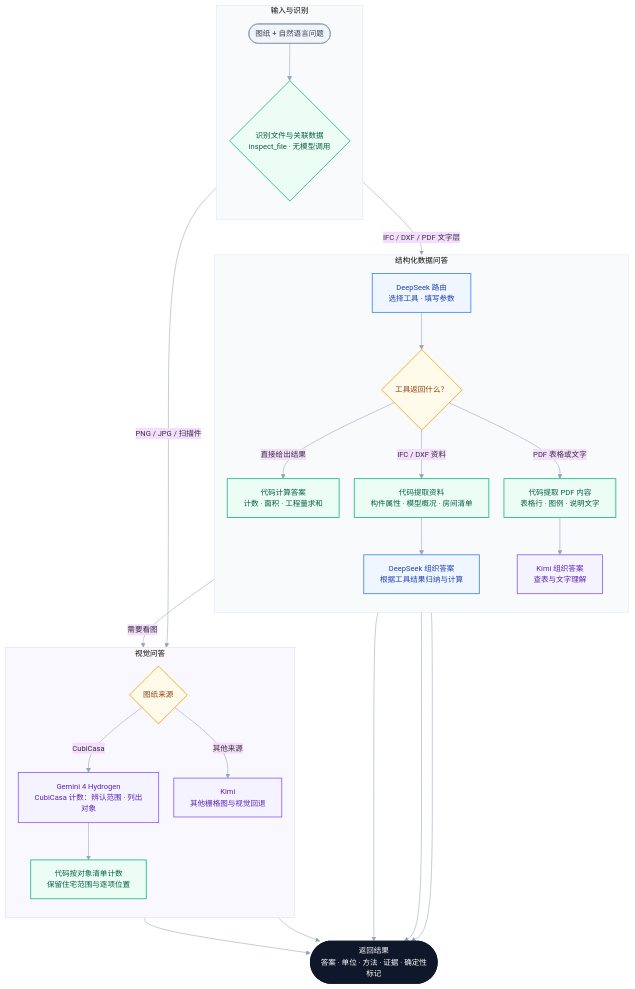
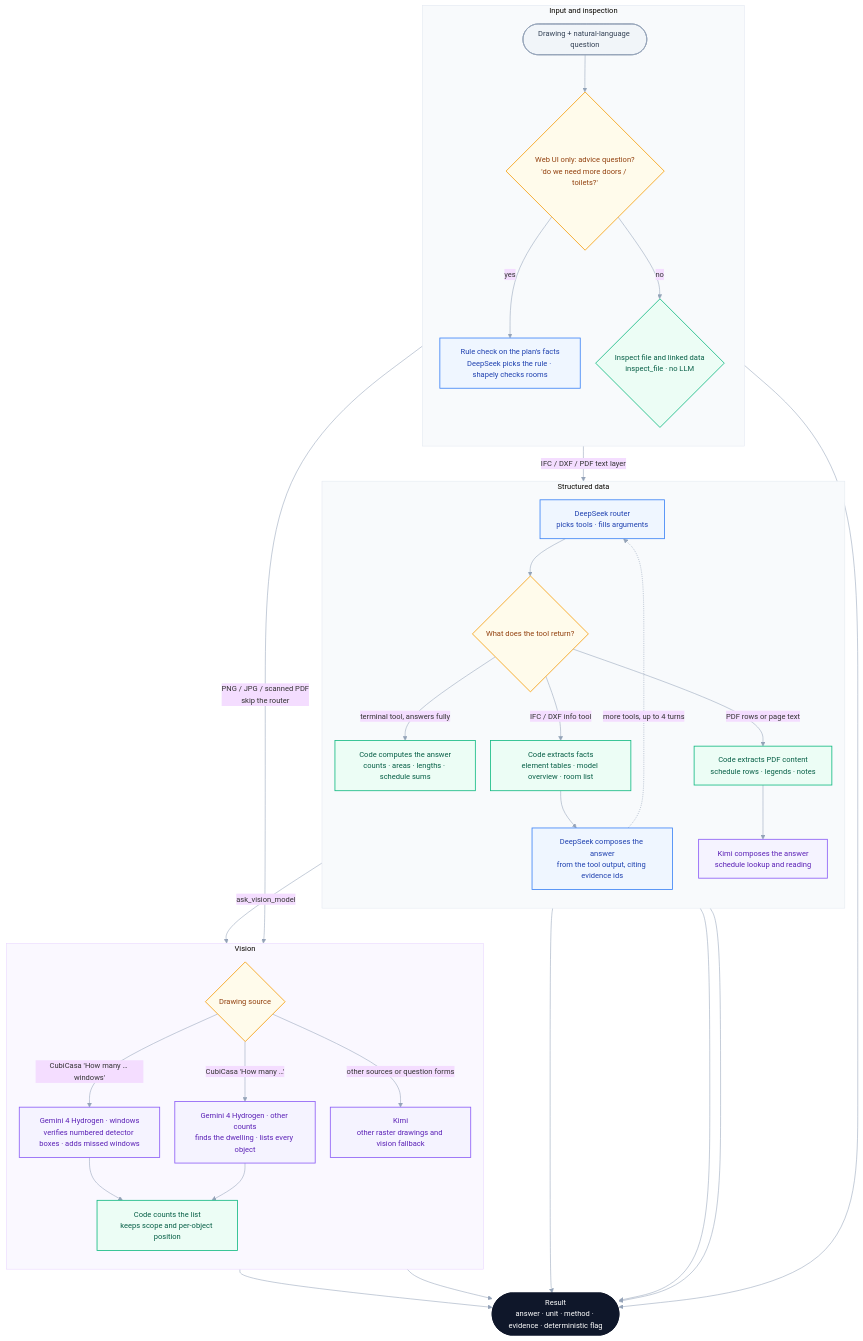
One commit to chaowang0524/metsatalo-stoa changed the diagram in PIPELINE.md. Above: the diagram before and after it, drawn with Mermaid. The commit also changed other lines of this file and 1 other file, not shown here.

Commit message:
Docs: translate PIPELINE.md to English, document missing pipeline steps, add flowchart to README

````diff
--- a/PIPELINE.md
+++ b/PIPELINE.md
@@ -11,66 +11,75 @@
 ```mermaid
-%%{init: {"theme": "base", "flowchart": {"curve": "basis", "nodeSpacing": 28, "rankSpacing": 44}, "themeVariables": {"fontFamily": "Arial, Microsoft YaHei, sans-serif", "fontSize": "14px", "lineColor": "#94a3b8"}}}%%
+%%{init: {"theme": "base", "flowchart": {"curve": "basis", "nodeSpacing": 28, "rankSpacing": 44}, "themeVariables": {"fontFamily": "Arial, sans-serif", "fontSize": "14px", "lineColor": "#94a3b8"}}}%%
 flowchart TB
-    subgraph INPUT["输入与识别"]
+    subgraph INPUT["Input and inspection"]
         direction TB
-        A(["图纸 + 自然语言问题"])
-        B{"识别文件与关联数据<br/>inspect_file · 无模型调用"}
-        A --> B
+        A(["Drawing + natural-language question"])
+        U{"Web UI only: advice question?<br/>'do we need more doors / toilets?'"}
+        V["Rule check on the plan's facts<br/>DeepSeek picks the rule · shapely checks rooms"]
+        B{"Inspect file and linked data<br/>inspect_file · no LLM"}
+        A --> U
+        U -->|"yes"| V
+        U -->|"no"| B
     end
 
-    subgraph STRUCTURED["结构化数据问答"]
+    subgraph STRUCTURED["Structured data"]
         direction TB
-        R["DeepSeek 路由<br/>选择工具 · 填写参数"]
-        T{"工具返回什么？"}
-        D["代码计算答案<br/>计数 · 面积 · 工程量求和"]
-        I["代码提取资料<br/>构件属性 · 模型概况 · 房间清单"]
-        C1["DeepSeek 组织答案<br/>根据工具结果归纳与计算"]
-        P["代码提取 PDF 内容<br/>表格行 · 图例 · 说明文字"]
-        C2["Kimi 组织答案<br/>查表与文字理解"]
+        R["DeepSeek router<br/>picks tools · fills arguments"]
+        T{"What does the tool return?"}
+        D["Code computes the answer<br/>counts · areas · lengths · schedule sums"]
+        I["Code extracts facts<br/>element tables · model overview · room list"]
+        C1["DeepSeek composes the answer<br/>from the tool output, citing evidence ids"]
+        P["Code extracts PDF content<br/>schedule rows · legends · notes"]
+        C2["Kimi composes the answer<br/>schedule lookup and reading"]
         R --> T
-        T -->|"直接给出结果"| D
-        T -->|"IFC / DXF 资料"| I
-        T -->|"PDF 表格或文字"| P
+        T -->|"terminal tool, answers fully"| D
+        T -->|"IFC / DXF info tool"| I
+        T -->|"PDF rows or page text"| P
         I --> C1
         P --> C2
+        C1 -.->|"more tools, up to 4 turns"| R
     end
 
-    subgraph VISION["视觉问答"]
+    subgraph VISION["Vision"]
         direction TB
-        S{"图纸来源"}
-        G["Gemini 4 Hydrogen<br/>CubiCasa 计数：辨认范围 · 列出对象"]
-        N["代码按对象清单计数<br/>保留住宅范围与逐项位置"]
-        K["Kimi<br/>其他栅格图与视觉回退"]
-        S -->|"CubiCasa"| G
+        S{"Drawing source"}
+        W["Gemini 4 Hydrogen · windows<br/>verifies numbered detector boxes · adds missed windows"]
+        G["Gemini 4 Hydrogen · other counts<br/>finds the dwelling · lists every object"]
+        N["Code counts the list<br/>keeps scope and per-object position"]
+        K["Kimi<br/>other raster drawings and vision fallback"]
+        S -->|"CubiCasa 'How many … windows'"| W
+        S -->|"CubiCasa 'How many …'"| G
+        W --> N
         G --> N
-        S -->|"其他来源"| K
+        S -->|"other sources or question forms"| K
     end
 
-    B -->|"IFC / DXF / PDF 文字层"| R
-    B -->|"PNG / JPG / 扫描件"| S
-    T -->|"需要看图"| K
+    B -->|"IFC / DXF / PDF text layer"| R
+    B -->|"PNG / JPG / scanned PDF<br/>skip the router"| S
+    T -->|"ask_vision_model"| S
 
+    V --> OUT
     D --> OUT
     C1 --> OUT
     C2 --> OUT
     N --> OUT
     K --> OUT
-    OUT(["返回结果<br/>答案 · 单位 · 方法 · 证据 · 确定性标记"])
+    OUT(["Result<br/>answer · unit · method · evidence · deterministic flag"])
 
     classDef input fill:#f1f5f9,stroke:#94a3b8,color:#334155,stroke-width:1.5px
     classDef code fill:#ecfdf5,stroke:#10b981,color:#065f46,stroke-width:1.5px
     classDef deepseek fill:#eff6ff,stroke:#3b82f6,color:#1e40af,stroke-width:1.5px
     classDef model fill:#f5f3ff,stroke:#8b5cf6,color:#5b21b6,stroke-width:1.5px
     classDef decision fill:#fffbeb,stroke:#f59e0b,color:#92400e,stroke-width:1.5px
     classDef output fill:#0f172a,stroke:#0f172a,color:#ffffff,stroke-width:2px
 
     class A input
     class B,D,I,P,N code
-    class R,C1 deepseek
-    class G,K,C2 model
-    class T,S decision
+    class R,C1,V deepseek
+    class G,W,K,C2 model
+    class T,S,U decision
     class OUT output
     style INPUT fill:#f8fafc,stroke:#e2e8f0
     style STRUCTURED fill:#f8fafc,stroke:#e2e8f0
     style VISION fill:#faf8ff,stroke:#e9d5ff
 ```
````
